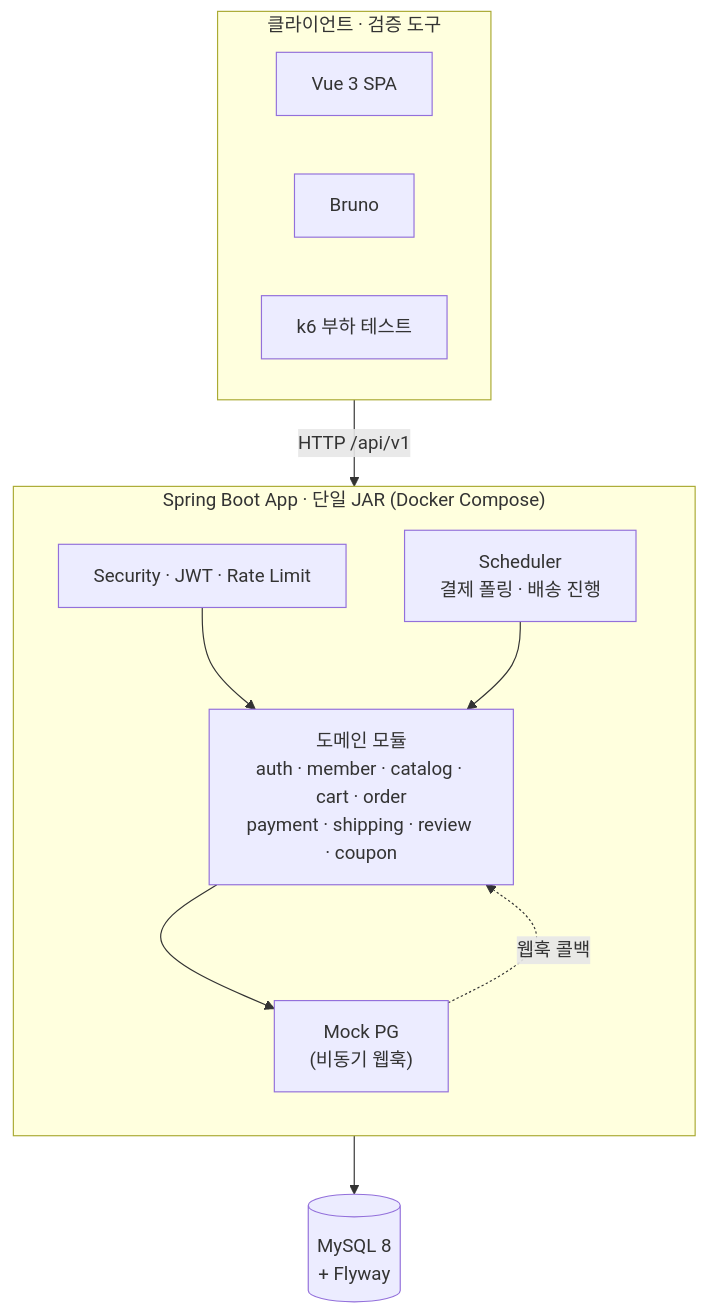
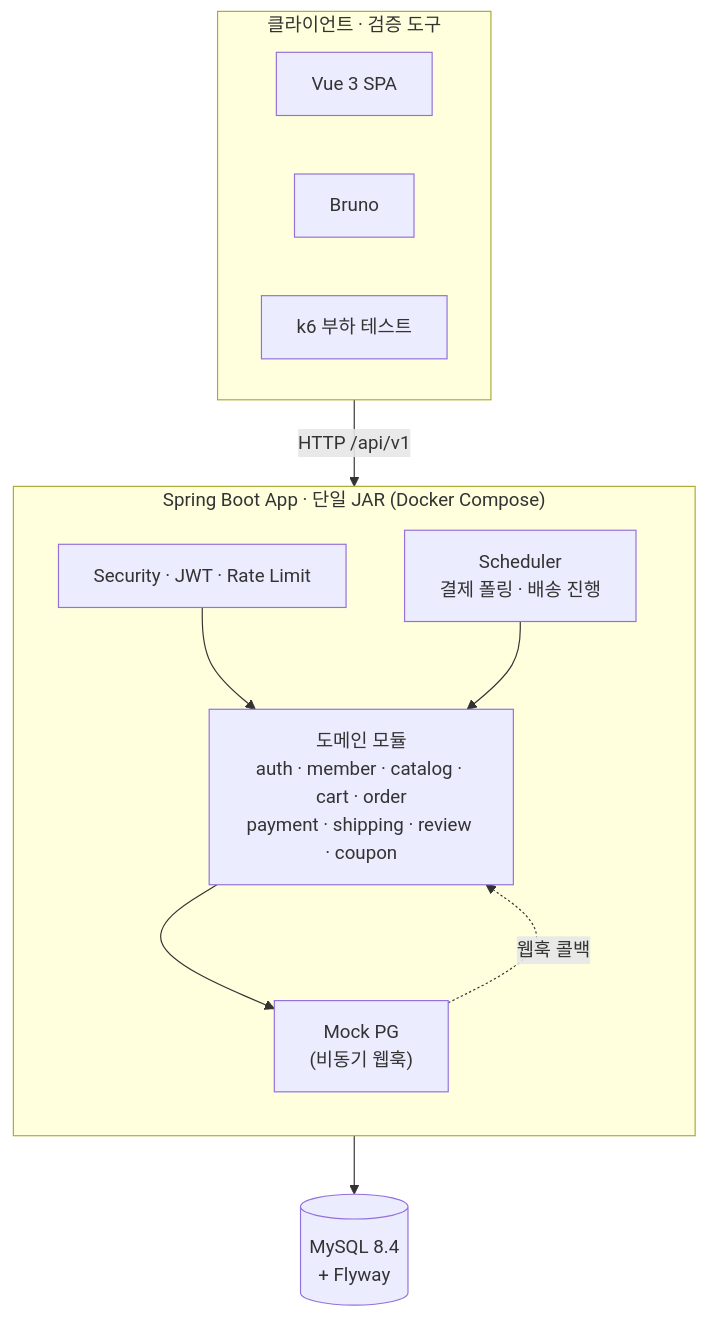
Before and after one commit to heygw44/groove: the first of 4 diagrams in docs/ARCHITECTURE.md, drawn with Mermaid. The commit also changed other lines of this file and 4 other files, not shown here.

````diff
--- a/docs/ARCHITECTURE.md
+++ b/docs/ARCHITECTURE.md
@@ -62,25 +62,25 @@
 ```mermaid
 flowchart TB
     subgraph clients["클라이언트 · 검증 도구"]
         Vue["Vue 3 SPA"]
         Bruno["Bruno"]
         k6["k6 부하 테스트"]
     end
 
     subgraph app["Spring Boot App · 단일 JAR (Docker Compose)"]
         direction TB
         Sec["Security · JWT · Rate Limit"]
         Domains["도메인 모듈<br/>auth · member · catalog · cart · order<br/>payment · shipping · review · coupon"]
         MockPG["Mock PG<br/>(비동기 웹훅)"]
         Sched["Scheduler<br/>결제 폴링 · 배송 진행"]
     end
 
-    DB[("MySQL 8<br/>+ Flyway")]
+    DB[("MySQL 8.4<br/>+ Flyway")]
 
     clients -->|"HTTP /api/v1"| Sec
     Sec --> Domains
     Domains --> MockPG
     MockPG -.->|"웹훅 콜백"| Domains
     Sched --> Domains
     Domains --> DB
 ```
````
